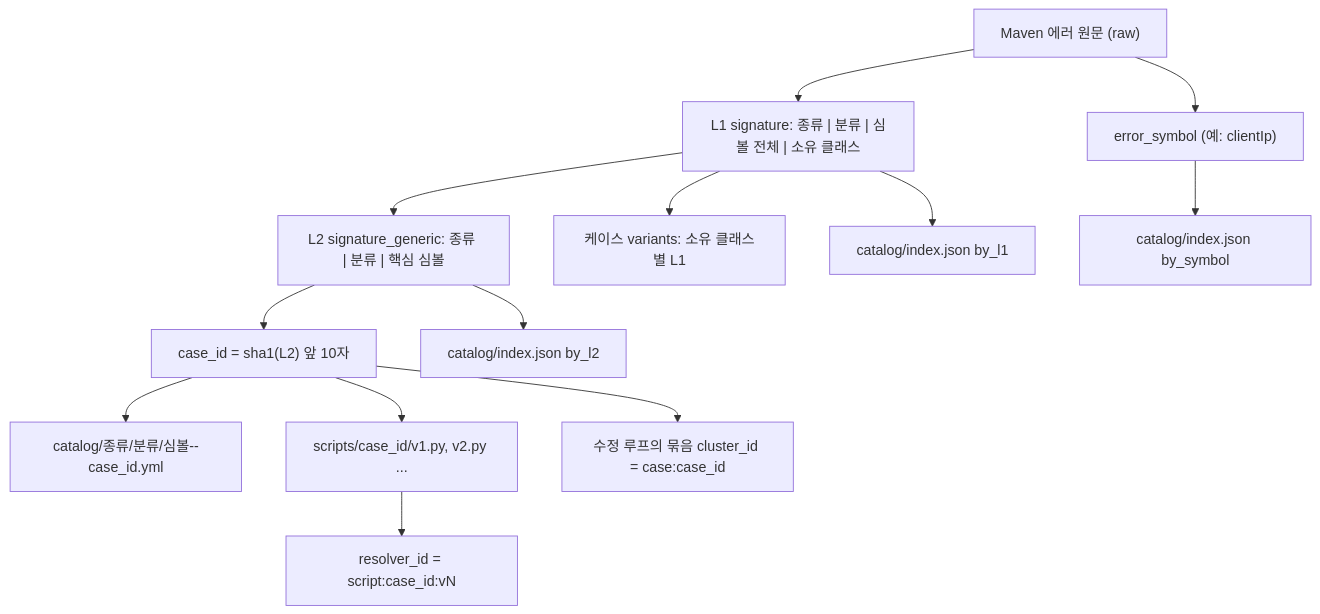
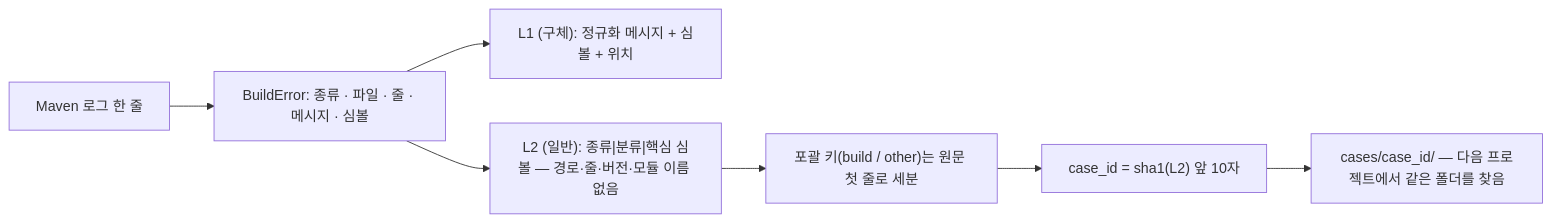
One commit to acandiatale/tutu changed the fourth of 6 diagrams in docs/kb-map/kb-map.md. Above: the diagram before and after it, drawn with Mermaid. The commit also changed other lines of this file and 126 other files, not shown here.

First line of the commit message:
docs: only the deployed flow-v2 system is documented; v1-era material removed; progress checklist (user, 2026-11-11)

````diff
--- a/docs/kb-map/kb-map.md
+++ b/docs/kb-map/kb-map.md
@@ -362,15 +180,9 @@
 ```mermaid
-flowchart TD
-  RAW["Maven 에러 원문 (raw)"] --> L1["L1 signature: 종류 | 분류 | 심볼 전체 | 소유 클래스"]
-  L1 --> L2["L2 signature_generic: 종류 | 분류 | 핵심 심볼"]
-  L2 --> CID["case_id = sha1(L2) 앞 10자"]
-  CID --> FILE["catalog/종류/분류/심볼--case_id.yml"]
-  CID --> SDIR["scripts/case_id/v1.py, v2.py ..."]
-  CID --> CL["수정 루프의 묶음 cluster_id = case:case_id"]
-  SDIR --> RES["resolver_id = script:case_id:vN"]
-  L1 --> VAR["케이스 variants: 소유 클래스별 L1"]
-  L1 --> IDX1["catalog/index.json by_l1"]
-  L2 --> IDX2["catalog/index.json by_l2"]
-  RAW --> SYM["error_symbol (예: clientIp)"]
-  SYM --> IDX3["catalog/index.json by_symbol"]
+flowchart LR
+  LOG["Maven 로그 한 줄"] --> BE["BuildError: 종류 · 파일 · 줄 · 메시지 · 심볼"]
+  BE --> L1["L1 (구체): 정규화 메시지 + 심볼 + 위치"]
+  BE --> L2["L2 (일반): 종류|분류|핵심 심볼 — 경로·줄·버전·모듈 이름 없음"]
+  L2 --> REF["포괄 키(build / other)는 원문 첫 줄로 세분"]
+  REF --> CID["case_id = sha1(L2) 앞 10자"]
+  CID --> DIR["cases/case_id/ — 다음 프로젝트에서 같은 폴더를 찾음"]
 ```
````
